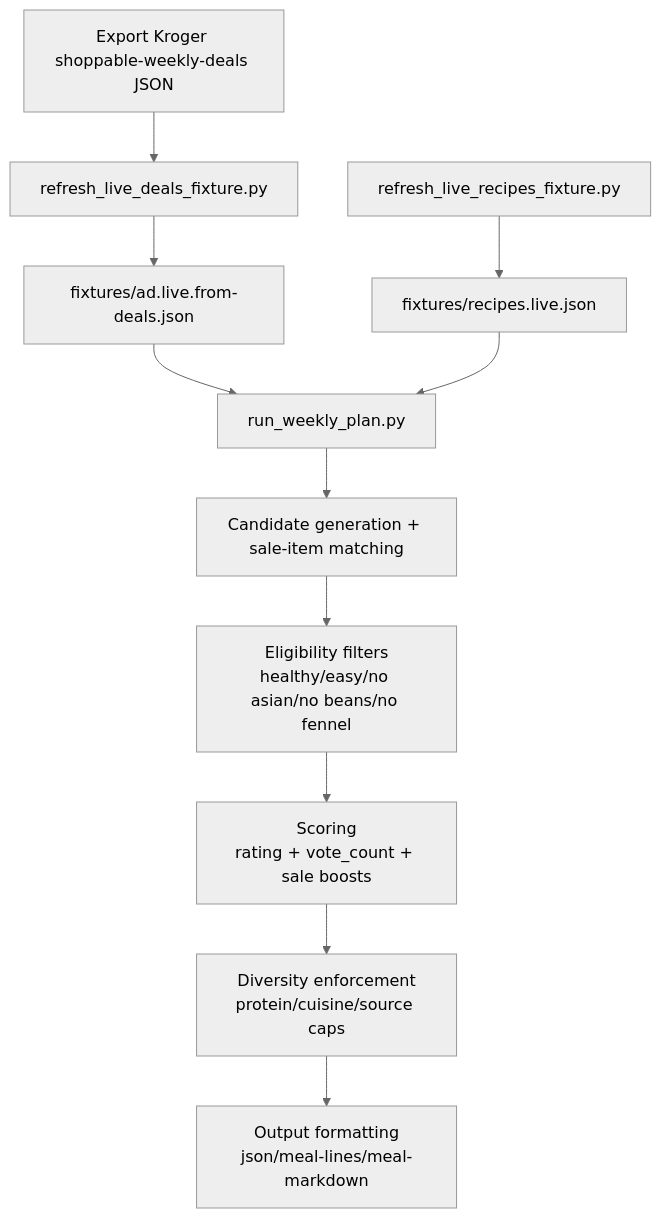
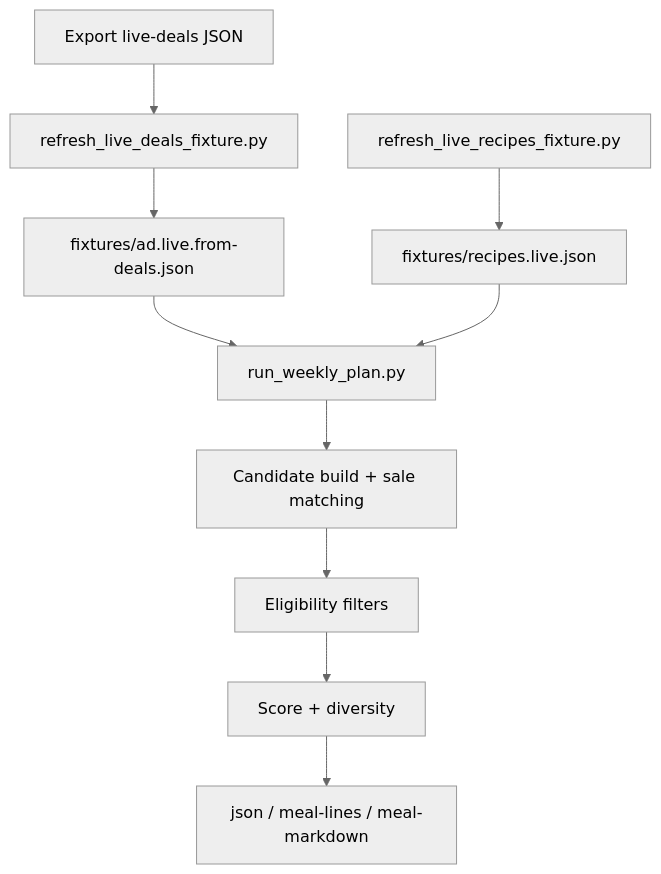
The diagram in README.md (easement/kroger-shopping-skill), drawn with Mermaid (neutral theme) before and after one commit. The commit also changed other lines of this file, not shown here.

````diff
--- a/README.md
+++ b/README.md
@@ -125,13 +87,12 @@
 ```mermaid
 flowchart TD
-    A[Export Kroger shoppable-weekly-deals JSON] --> B[refresh_live_deals_fixture.py]
+    A[Export live-deals JSON] --> B[refresh_live_deals_fixture.py]
     B --> C[fixtures/ad.live.from-deals.json]
     D[refresh_live_recipes_fixture.py] --> E[fixtures/recipes.live.json]
     C --> F[run_weekly_plan.py]
     E --> F
-    F --> G[Candidate generation + sale-item matching]
-    G --> H[Eligibility filters<br/>healthy/easy/no asian/no beans/no fennel]
-    H --> I[Scoring<br/>rating + vote_count + sale boosts]
-    I --> J[Diversity enforcement<br/>protein/cuisine/source caps]
-    J --> K[Output formatting<br/>json/meal-lines/meal-markdown]
+    F --> G[Candidate build + sale matching]
+    G --> H[Eligibility filters]
+    H --> I[Score + diversity]
+    I --> J[json / meal-lines / meal-markdown]
 ```
````
